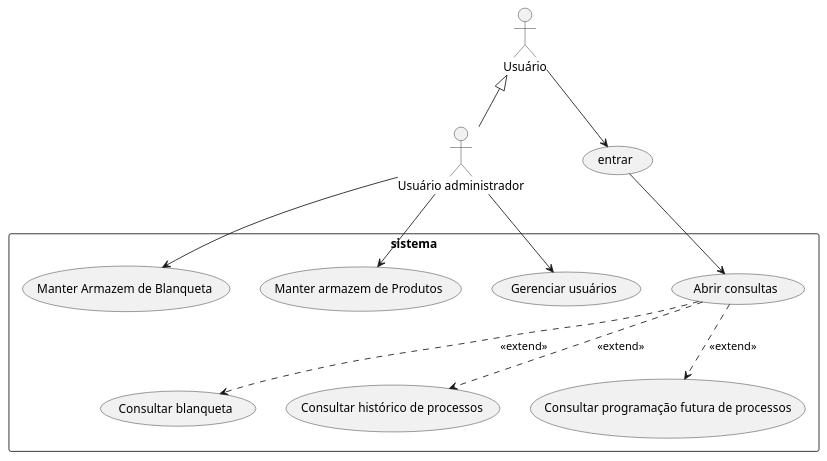
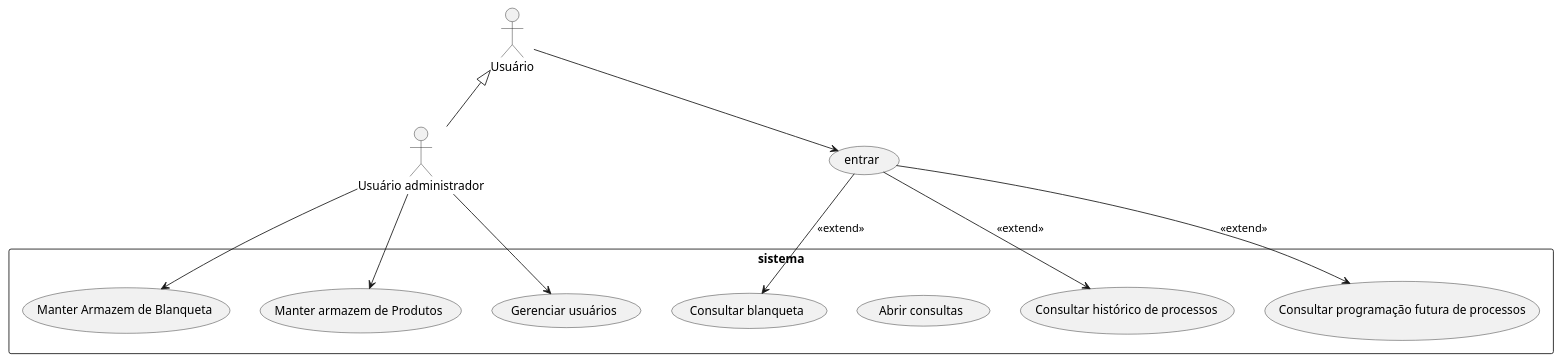
The diagram in Diagramas/CasosDeUso.wsd (SoImRayh/AllController), drawn with PlantUML before and after one commit. The commit also changed 7 other files, not shown here.

```diff
--- a/Diagramas/CasosDeUso.wsd
+++ b/Diagramas/CasosDeUso.wsd
@@ -1,25 +1,25 @@
 @startuml
 :Usuário:
 :Usuário administrador: as admin
 
 usecase (entrar) as UC1
 rectangle sistema{
     usecase (Consultar blanqueta) as UC2
     usecase (Manter Armazem de Blanqueta) as UC3
     usecase (Abrir consultas) as UC8
     usecase (Consultar histórico de processos) as UC4
     usecase (Consultar programação futura de processos) as UC7
     usecase (Manter armazem de Produtos) as UC5
     usecase (Gerenciar usuários) as UC6
 }
 
 admin -up-|> Usuário
 Usuário --> UC1
-UC1 --> UC8
-UC8 ..>UC4 : <<extend>>
-UC8 ..>UC2 : <<extend>>
-UC8 ..>UC7 : <<extend>>
+
+UC1 -->UC4 : <<extend>>
+UC1 -->UC2 : <<extend>>
+UC1 -->UC7 : <<extend>>
 admin --> UC3
 admin --> UC5
 admin --> UC6
 @enduml
```
